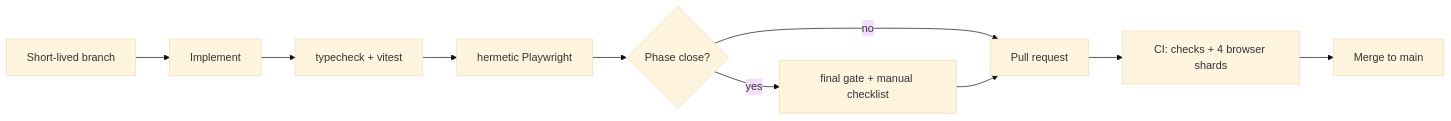
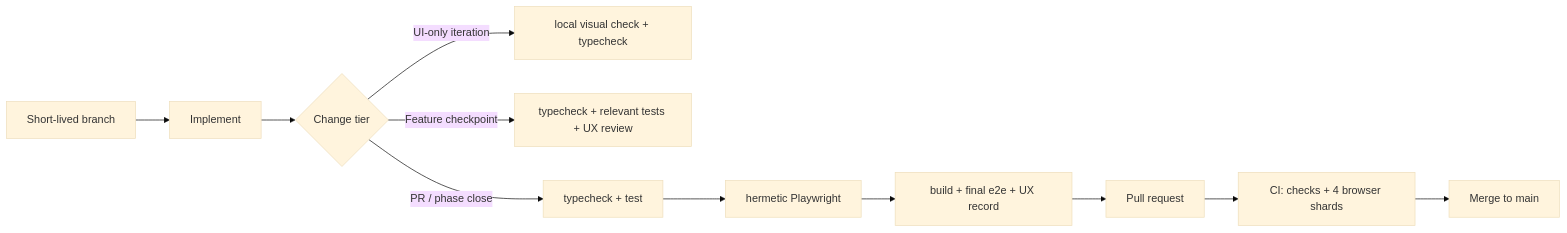
The diagram in AGENTS.md (nhphuong2504/shuttle-scheduler), drawn with Mermaid (base theme) before and after one commit. The commit also changed other lines of this file and 1 other file, not shown here.

Commit message:
docs: tier verification by stage and scope the UX record to user-visible changes

````diff
--- a/AGENTS.md
+++ b/AGENTS.md
@@ -81,12 +81,13 @@
 ```mermaid
 flowchart LR
   branch["Short-lived branch"] --> dev[Implement]
-  dev --> gate1["typecheck + vitest"]
+  dev --> tier{"Change tier"}
+  tier -->|"UI-only iteration"| ui["local visual check + typecheck"]
+  tier -->|"Feature checkpoint"| cp["typecheck + relevant tests + UX review"]
+  tier -->|"PR / phase close"| gate1["typecheck + test"]
   gate1 --> gate2["hermetic Playwright"]
-  gate2 --> phase{"Phase close?"}
-  phase -->|yes| final["final gate + manual checklist"]
-  phase -->|no| pr["Pull request"]
-  final --> pr
+  gate2 --> final["build + final e2e + UX record"]
+  final --> pr["Pull request"]
   pr --> ci["CI: checks + 4 browser shards"]
   ci --> merge["Merge to main"]
 ```
````
